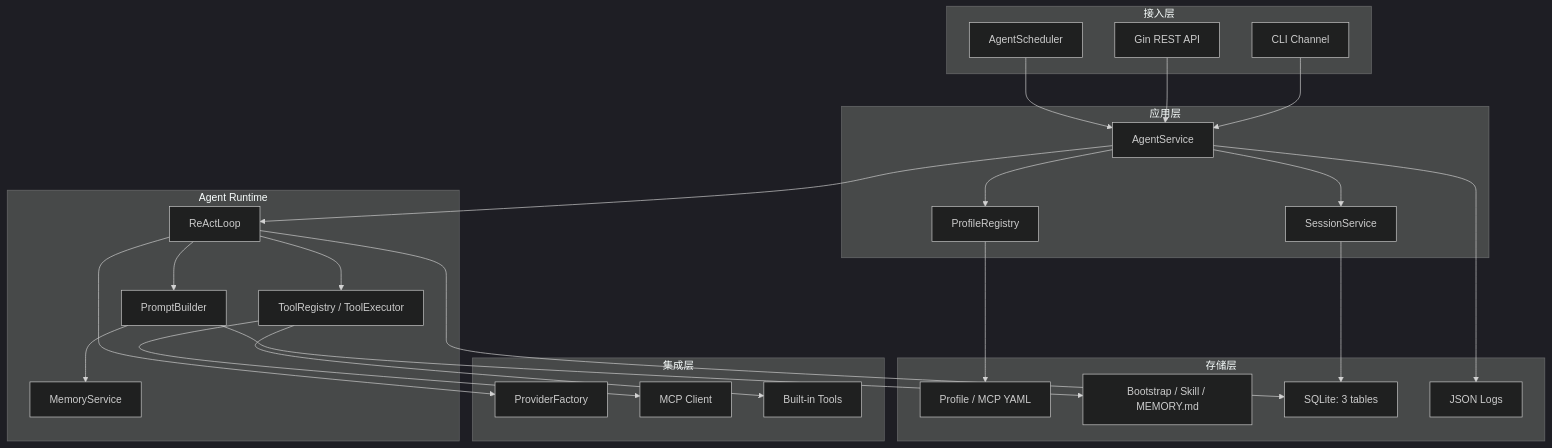
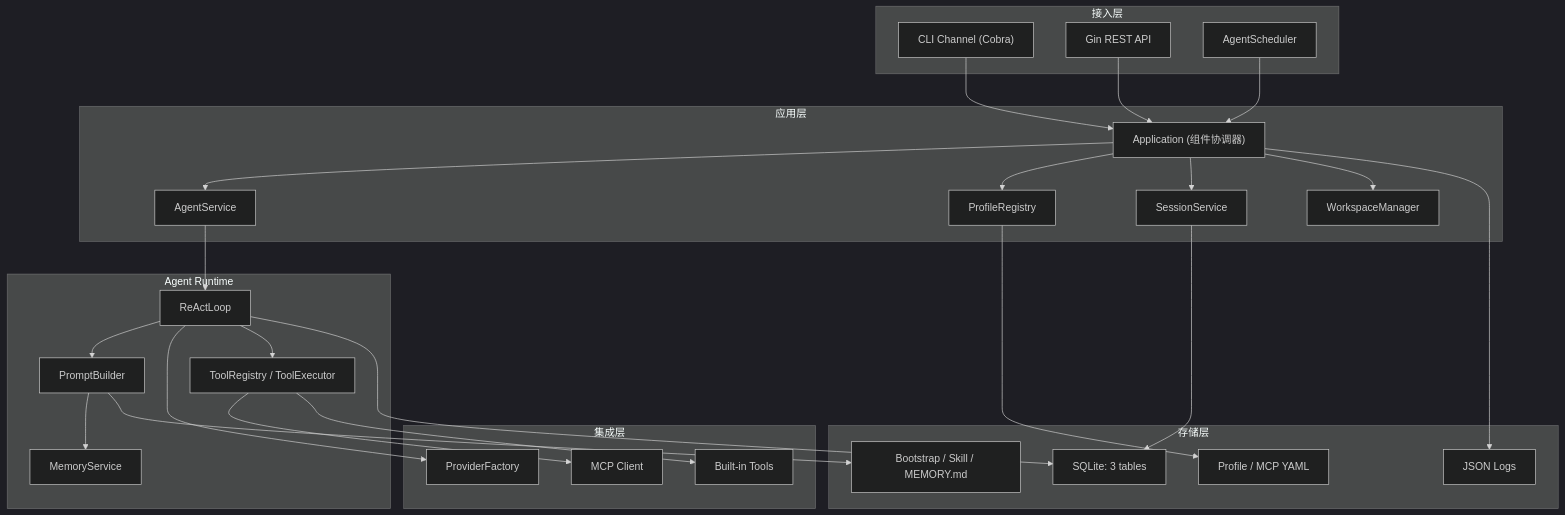
One commit to Karlsk/oryxos-go changed the first of 9 diagrams in .qoder/repowiki/zh/content/OryxOS 架构概述/OryxOS 架构概述.md. Above: the diagram before and after it, drawn with Mermaid (dark theme). The commit also changed other lines of this file and 50 other files, not shown here.

````diff
--- a/.qoder/repowiki/zh/content/OryxOS 架构概述/OryxOS 架构概述.md
+++ b/.qoder/repowiki/zh/content/OryxOS 架构概述/OryxOS 架构概述.md
@@ -33,47 +43,51 @@
 ```mermaid
 flowchart TB
 subgraph "接入层"
-CLI["CLI Channel"]
+CLI["CLI Channel (Cobra)"]
 WEB["Gin REST API"]
 SCH["AgentScheduler"]
 end
 subgraph "应用层"
+APP["Application (组件协调器)"]
 AS["AgentService"]
 REG["ProfileRegistry"]
 SS["SessionService"]
+WS["WorkspaceManager"]
 end
 subgraph "Agent Runtime"
 REACT["ReActLoop"]
 PROMPT["PromptBuilder"]
 TR["ToolRegistry / ToolExecutor"]
 MEM["MemoryService"]
 end
 subgraph "集成层"
 PF["ProviderFactory"]
 MCP["MCP Client"]
 BUILTIN["Built-in Tools"]
 end
 subgraph "存储层"
 YAML["Profile / MCP YAML"]
 MD["Bootstrap / Skill / MEMORY.md"]
 DB["SQLite: 3 tables"]
 LOG["JSON Logs"]
 end
-CLI --> AS
-WEB --> AS
-SCH --> AS
-AS --> REG
-AS --> SS
+CLI --> APP
+WEB --> APP
+SCH --> APP
+APP --> AS
+APP --> REG
+APP --> SS
+APP --> WS
 AS --> REACT
 REACT --> PROMPT
 REACT --> PF
 REACT --> TR
 PROMPT --> MEM
 TR --> MCP
 TR --> BUILTIN
 REG --> YAML
 PROMPT --> MD
 SS --> DB
 REACT --> DB
-AS --> LOG
+APP --> LOG
 ```
````
